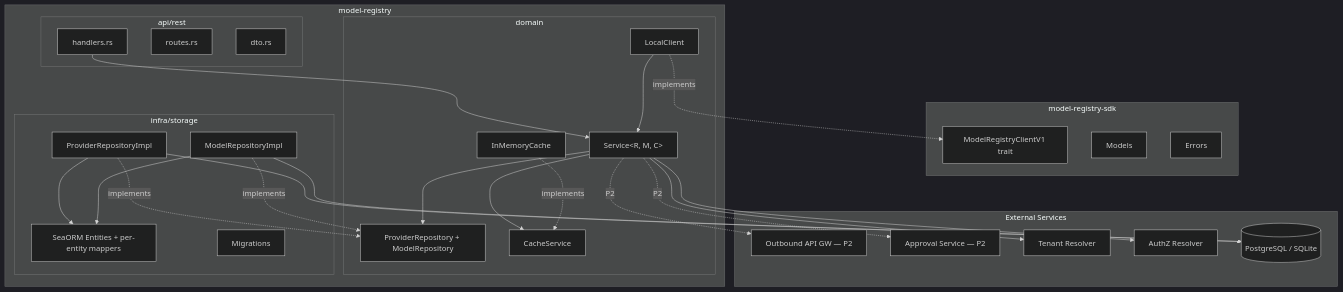
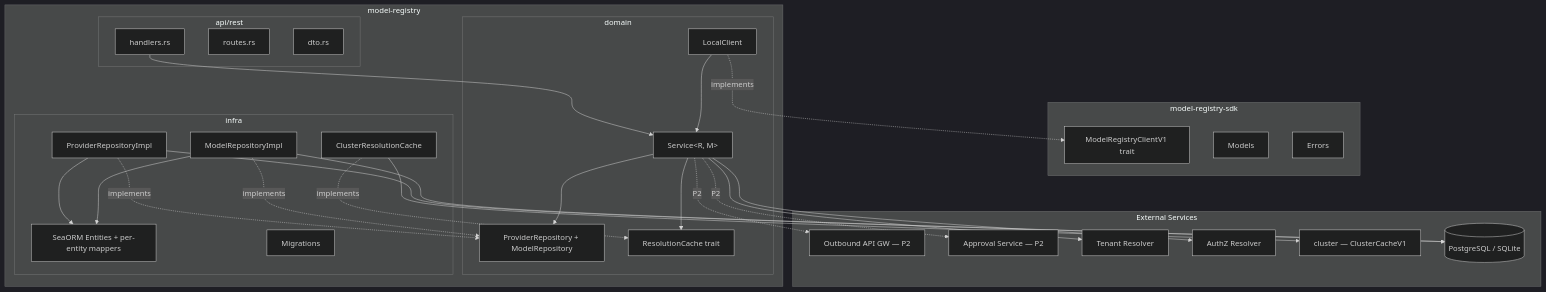
Before and after one commit to constructorfabric/gears-rust: the second of 9 diagrams in gears/model-registry/docs/DESIGN.md, drawn with Mermaid (dark theme). The commit also changed other lines of this file and 1 other file, not shown here.

Commit message:
docs(model-registry): Update cache strategy

````diff
--- a/gears/model-registry/docs/DESIGN.md
+++ b/gears/model-registry/docs/DESIGN.md
@@ -560,56 +581,58 @@
 ```mermaid
 graph TB
     subgraph SDK["model-registry-sdk"]
         TRAIT[ModelRegistryClientV1 trait]
         MODELS[Models]
         ERRORS[Errors]
     end
 
     subgraph Gear["model-registry"]
         subgraph API["api/rest"]
             HANDLERS[handlers.rs]
             ROUTES[routes.rs]
             DTOS[dto.rs]
         end
 
         subgraph Domain["domain"]
-            SERVICE[Service&lt;R, M, C&gt;]
+            SERVICE[Service&lt;R, M&gt;]
             LOCAL[LocalClient]
             REPO_TRAIT[ProviderRepository + ModelRepository]
-            CACHE_SVC[CacheService]
-            MEMCACHE[InMemoryCache]
+            CACHE_TRAIT[ResolutionCache trait]
         end
 
-        subgraph Infra["infra/storage"]
+        subgraph Infra["infra"]
             PROV_IMPL[ProviderRepositoryImpl]
             MODEL_IMPL[ModelRepositoryImpl]
             ENTITIES[SeaORM Entities + per-entity mappers]
             MIGRATIONS[Migrations]
+            CLUSTER_CACHE[ClusterResolutionCache]
         end
     end
 
     subgraph External["External Services"]
         OAGW[Outbound API GW — P2]
         APPROVAL[Approval Service — P2]
         TENANT[Tenant Resolver]
         AUTHZ[AuthZ Resolver]
+        CLUSTER[cluster — ClusterCacheV1]
         PG[(PostgreSQL / SQLite)]
     end
 
     HANDLERS --> SERVICE
     LOCAL --> SERVICE
     LOCAL -.implements.-> TRAIT
-    SERVICE --> CACHE_SVC
+    SERVICE --> CACHE_TRAIT
     SERVICE --> REPO_TRAIT
-    MEMCACHE -.implements.-> CACHE_SVC
+    CLUSTER_CACHE -.implements.-> CACHE_TRAIT
+    CLUSTER_CACHE --> CLUSTER
     PROV_IMPL -.implements.-> REPO_TRAIT
     MODEL_IMPL -.implements.-> REPO_TRAIT
     PROV_IMPL --> ENTITIES
     MODEL_IMPL --> ENTITIES
     PROV_IMPL --> PG
     MODEL_IMPL --> PG
     SERVICE --> TENANT
     SERVICE --> AUTHZ
     SERVICE -.P2.-> OAGW
     SERVICE -.P2.-> APPROVAL
 ```
````
